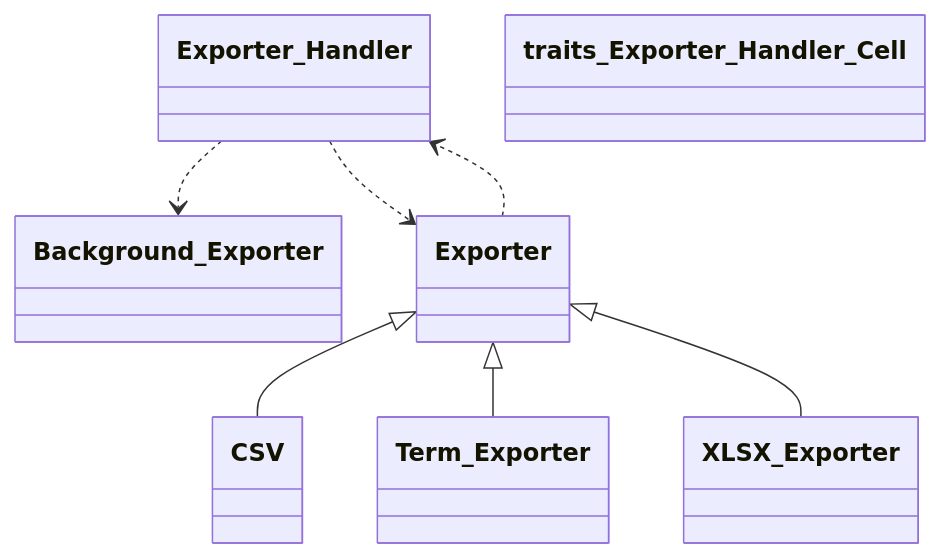
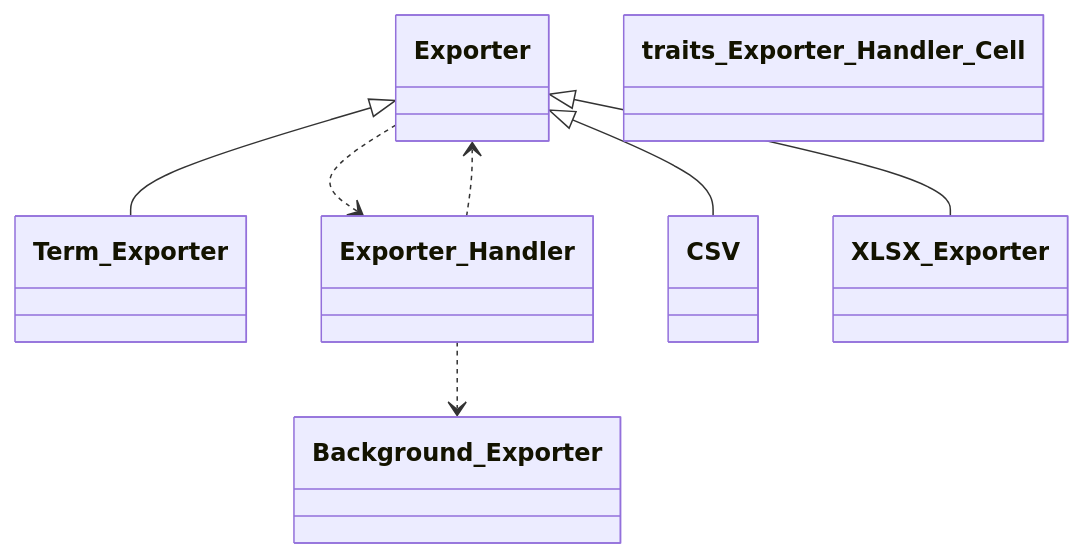
Before and after one commit to tainacan/tainacan: the fifth of 13 diagrams in docs/phpdoc/Home.md, drawn with Mermaid. The commit also changed other lines of this file and 62 other files, not shown here.

````diff
--- a/docs/phpdoc/Home.md
+++ b/docs/phpdoc/Home.md
@@ -419,17 +420,17 @@
 ```mermaid
 classDiagram
     direction TB
+    class Background_Exporter { }
+    class Term_Exporter { }
+    class Exporter { }
+    class Exporter_Handler { }
+    class CSV { }
     class XLSX_Exporter { }
-    class CSV { }
-    class Background_Exporter { }
-    class Exporter_Handler { }
-    class Exporter { }
-    class Term_Exporter { }
     class traits_Exporter_Handler_Cell { }
     Exporter ..> Exporter_Handler
     Exporter <|-- CSV
     Exporter <|-- Term_Exporter
     Exporter <|-- XLSX_Exporter
     Exporter_Handler ..> Background_Exporter
     Exporter_Handler ..> Exporter
 ```
````
